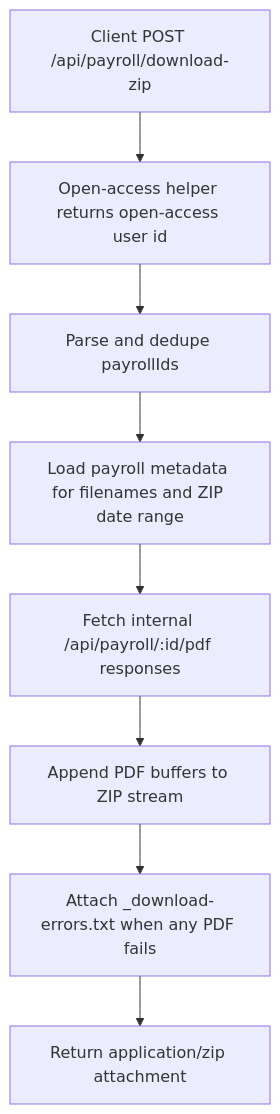
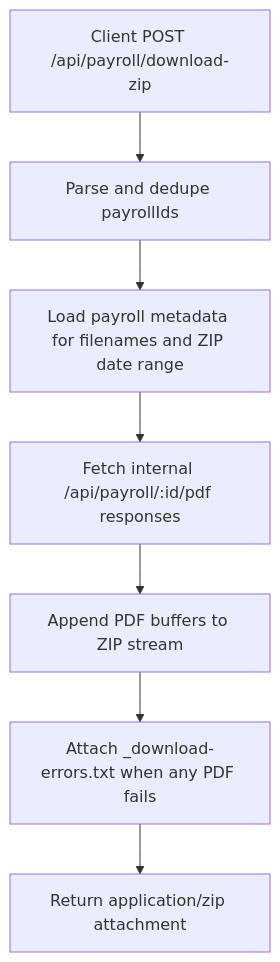
One commit to daniellim922/One-Laundry-Project-Alpha-v1 changed the fifth of 5 diagrams in .codex/docs/api-workflows.md. Above: the diagram before and after it, drawn with Mermaid. The commit also changed other lines of this file and 4 other files, not shown here.

````diff
--- a/.codex/docs/api-workflows.md
+++ b/.codex/docs/api-workflows.md
@@ -86,10 +81,9 @@
 ```mermaid
 flowchart TD
-    A[Client POST /api/payroll/download-zip] --> B[Open-access helper returns open-access user id]
-    B --> C[Parse and dedupe payrollIds]
+    A[Client POST /api/payroll/download-zip] --> C[Parse and dedupe payrollIds]
     C --> D[Load payroll metadata for filenames and ZIP date range]
     D --> E[Fetch internal /api/payroll/:id/pdf responses]
     E --> F[Append PDF buffers to ZIP stream]
     F --> G[Attach _download-errors.txt when any PDF fails]
     G --> H[Return application/zip attachment]
 ```
````
